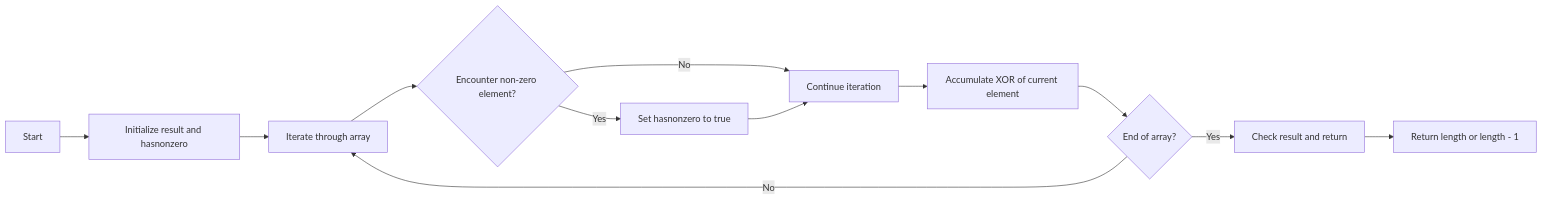
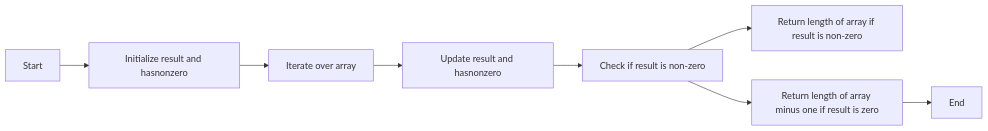
The diagram in Zoho_Prev_Problems/0000. Longest Subsequence With Non Zero Bitwise Xor/README.md (Poornimaa-devi/LeetCode_Problems), drawn with Mermaid before and after one commit. The commit also changed other lines of this file, not shown here.

Commit message:
Docs: Added Problem Description and AI Explanation for 0000. Longest Subsequence With Non Zero Bitwise Xor - Leet2Hub

````diff
--- a/Zoho_Prev_Problems/0000. Longest Subsequence With Non Zero Bitwise Xor/README.md
+++ b/Zoho_Prev_Problems/0000. Longest Subsequence With Non Zero Bitwise Xor/README.md
@@ -50,14 +50,10 @@
 ```mermaid
 graph LR
     A[Start] --> B[Initialize result and hasnonzero]
-    B --> C[Iterate through array]
-    C --> D{Encounter non-zero element?}
-    D -->|Yes| E[Set hasnonzero to true]
-    D -->|No| F[Continue iteration]
-    E --> F
-    F --> G[Accumulate XOR of current element]
-    G --> H{End of array?}
-    H -->|Yes| I[Check result and return]
-    H -->|No| C
-    I --> J[Return length or length - 1]
+    B --> C[Iterate over array]
+    C --> D[Update result and hasnonzero]
+    D --> E[Check if result is non-zero]
+    E --> F[Return length of array if result is non-zero]
+    E --> G[Return length of array minus one if result is zero]
+    G --> H[End]
 ```
````
